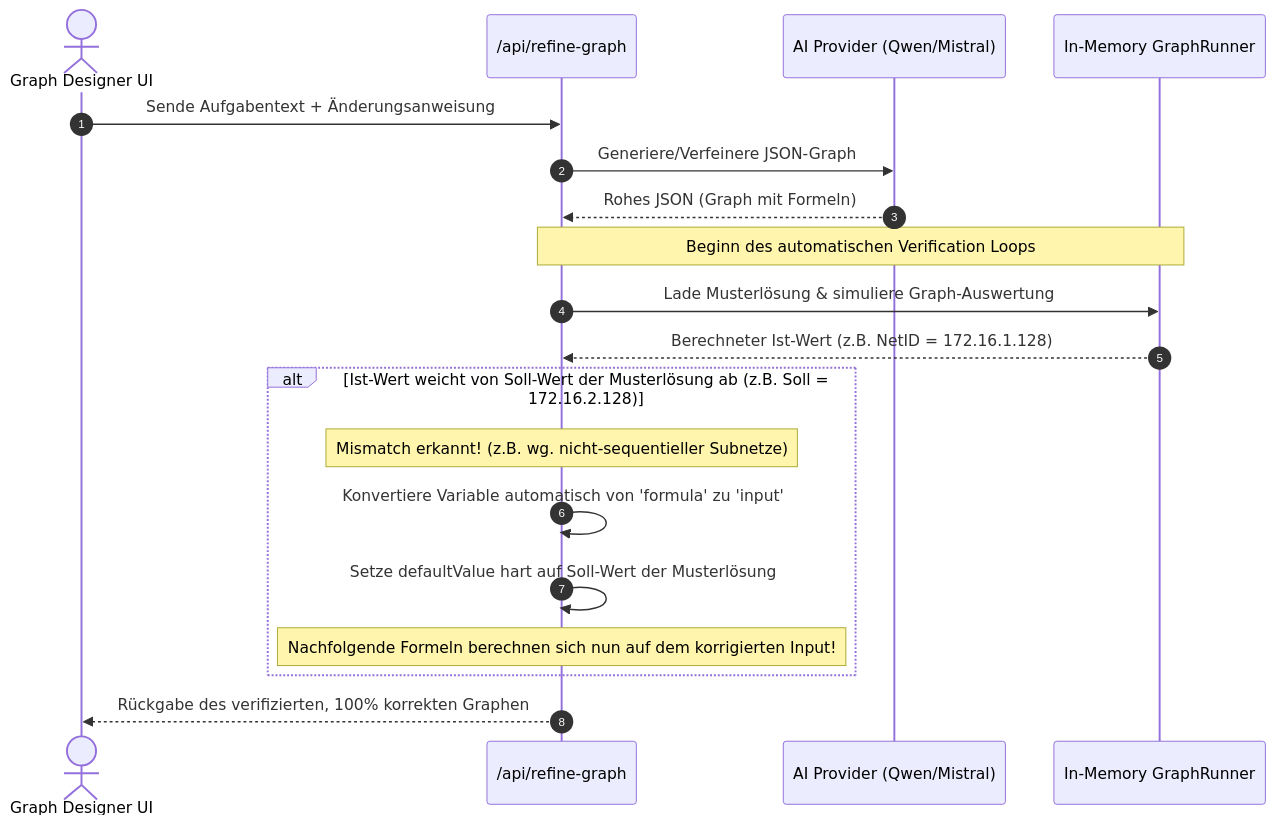
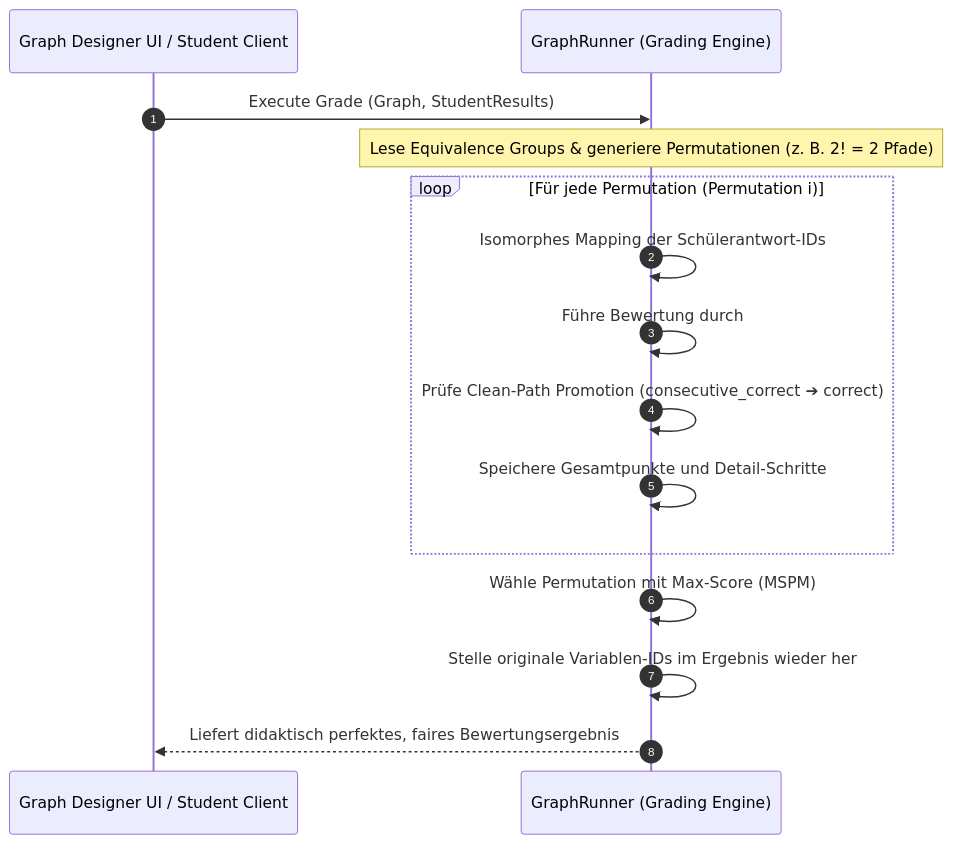
Before and after one commit to koreki-org/koreki: the diagram in docs/concepts/automated-graph-validation.md, drawn with Mermaid. The commit also changed other lines of this file and 3 other files, not shown here.

Commit message:
docs/test: document DIRM & MSPM architecture and align unit tests to clean-path promotion

````diff
--- a/docs/concepts/automated-graph-validation.md
+++ b/docs/concepts/automated-graph-validation.md
@@ -27,26 +43,20 @@
 ```mermaid
 sequenceDiagram
     autonumber
-    actor Client as Graph Designer UI
-    participant API as /api/refine-graph
-    participant LLM as AI Provider (Qwen/Mistral)
-    participant Engine as In-Memory GraphRunner
+    participant Client as Graph Designer UI / Student Client
+    participant Runner as GraphRunner (Grading Engine)
     
-    Client->>API: Sende Aufgabentext + Änderungsanweisung
-    API->>LLM: Generiere/Verfeinere JSON-Graph
-    LLM-->>API: Rohes JSON (Graph mit Formeln)
+    Client->>Runner: Execute Grade (Graph, StudentResults)
+    Note over Runner: Lese Equivalence Groups & generiere Permutationen (z. B. 2! = 2 Pfade)
     
-    Note over API,Engine: Beginn des automatischen Verification Loops
-    
-    API->>Engine: Lade Musterlösung & simuliere Graph-Auswertung
-    Engine-->>API: Berechneter Ist-Wert (z.B. NetID = 172.16.1.128)
-    
-    alt Ist-Wert weicht von Soll-Wert der Musterlösung ab (z.B. Soll = 172.16.2.128)
-        Note over API: Mismatch erkannt! (z.B. wg. nicht-sequentieller Subnetze)
-        API->>API: Konvertiere Variable automatisch von 'formula' zu 'input'
-        API->>API: Setze defaultValue hart auf Soll-Wert der Musterlösung
-        Note over API: Nachfolgende Formeln berechnen sich nun auf dem korrigierten Input!
+    loop Für jede Permutation (Permutation i)
+        Runner->>Runner: Isomorphes Mapping der Schülerantwort-IDs
+        Runner->>Runner: Führe Bewertung durch
+        Runner->>Runner: Prüfe Clean-Path Promotion (consecutive_correct ➔ correct)
+        Runner->>Runner: Speichere Gesamtpunkte und Detail-Schritte
     end
     
-    API-->>Client: Rückgabe des verifizierten, 100% korrekten Graphen
+    Runner->>Runner: Wähle Permutation mit Max-Score (MSPM)
+    Runner->>Runner: Stelle originale Variablen-IDs im Ergebnis wieder her
+    Runner-->>Client: Liefert didaktisch perfektes, faires Bewertungsergebnis
 ```
````
